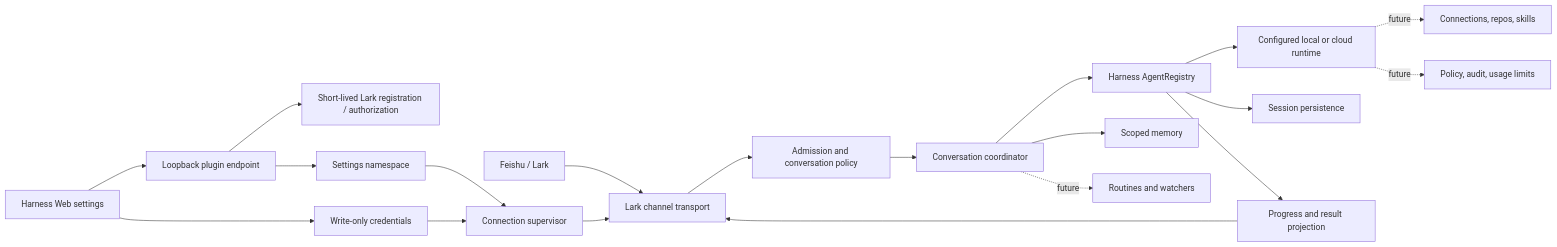
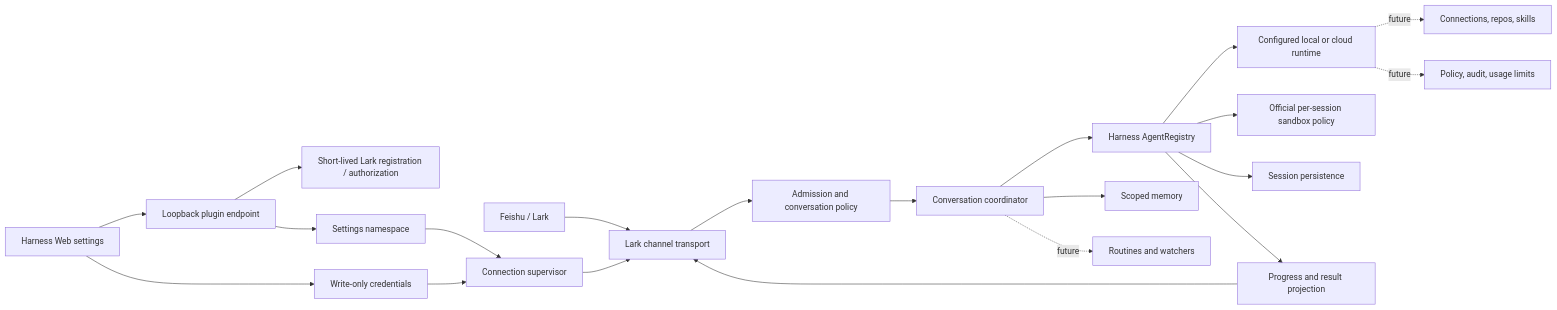
Before and after one commit to KehaoC/deepseek-tag: the diagram in docs/claude-tag-parity.md, drawn with Mermaid. The commit also changed other lines of this file and 19 other files, not shown here.

Commit message:
Integrate official Harness sandbox policy

````diff
--- a/docs/claude-tag-parity.md
+++ b/docs/claude-tag-parity.md
@@ -13,24 +13,25 @@
 ```mermaid
 flowchart LR
   L["Feishu / Lark"] --> T["Lark channel transport"]
   T --> P["Admission and conversation policy"]
   P --> C["Conversation coordinator"]
   C --> A["Harness AgentRegistry"]
   A --> R["Configured local or cloud runtime"]
+  A --> SB["Official per-session sandbox policy"]
   A --> S["Session persistence"]
   A --> O["Progress and result projection"]
   O --> T
 
   UI["Harness Web settings"] --> API["Loopback plugin endpoint"]
   API --> PAIR["Short-lived Lark registration / authorization"]
   API --> CFG["Settings namespace"]
   UI --> SEC["Write-only credentials"]
   CFG --> SUP["Connection supervisor"]
   SEC --> SUP
   SUP --> T
 
   C --> MEM["Scoped memory"]
   C -. future .-> JOB["Routines and watchers"]
   R -. future .-> CONN["Connections, repos, skills"]
   R -. future .-> GOV["Policy, audit, usage limits"]
 ```
````
